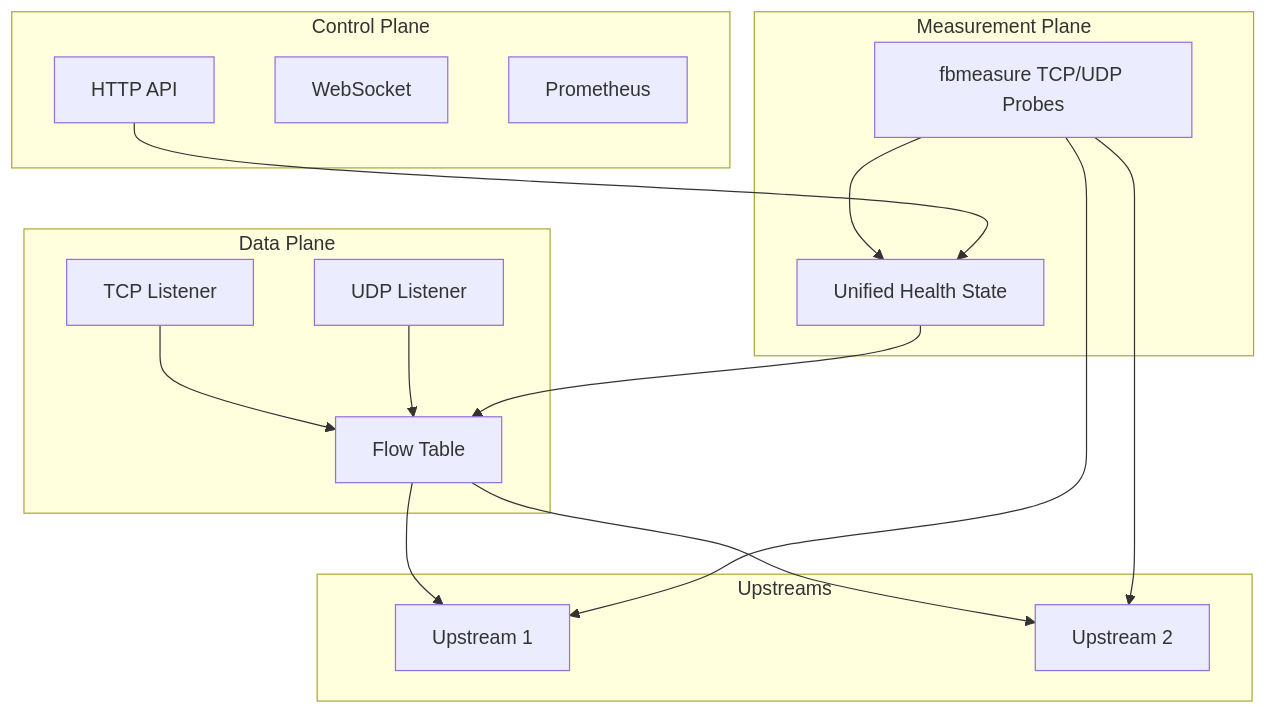
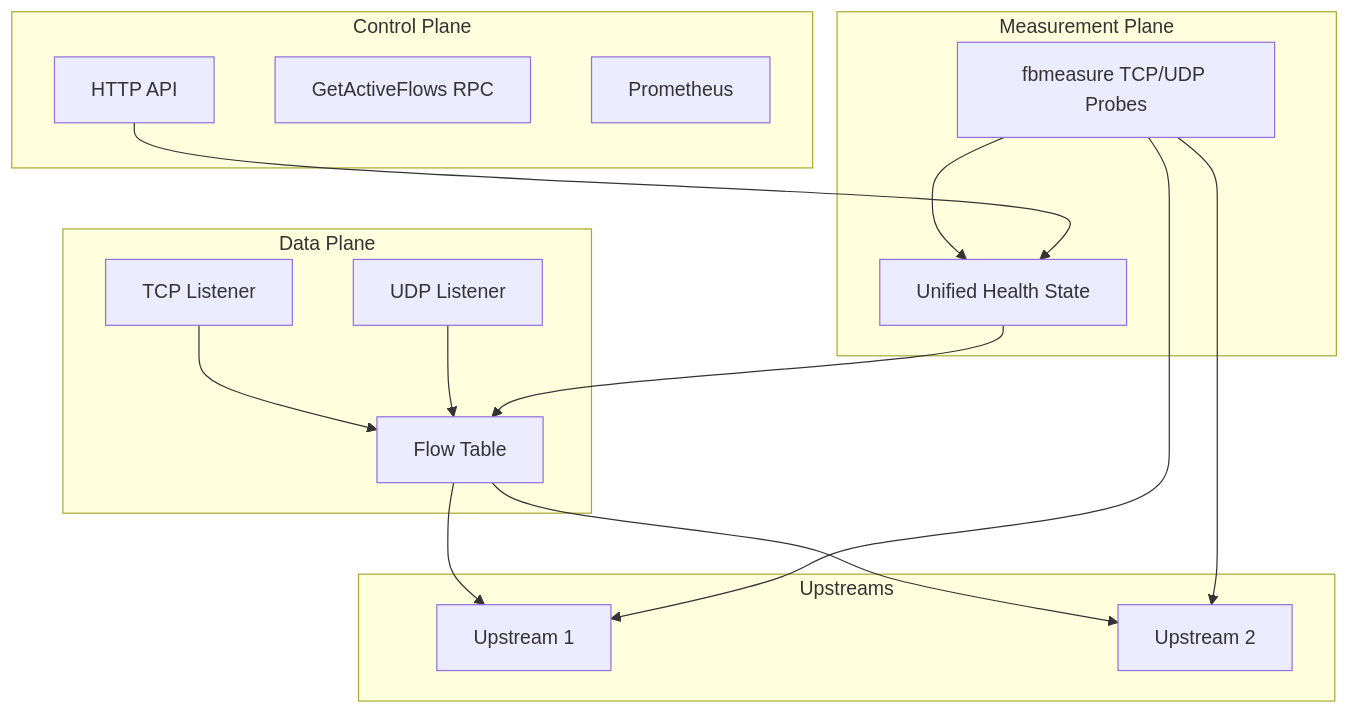
One commit to NodePath81/fbforward changed the first of 3 diagrams in doc/project-overview.md. Above: the diagram before and after it, drawn with Mermaid. The commit also changed other lines of this file and 25 other files, not shown here.

````diff
--- a/doc/project-overview.md
+++ b/doc/project-overview.md
@@ -99,35 +99,35 @@
 ```mermaid
 graph TB
     subgraph Control Plane
         API[HTTP API]
-        WS[WebSocket]
+        Flows[GetActiveFlows RPC]
         Metrics[Prometheus]
     end
 
     subgraph Data Plane
         TCP[TCP Listener]
         UDP[UDP Listener]
         FT[Flow Table]
     end
 
     subgraph Measurement Plane
         Probe[fbmeasure TCP/UDP Probes]
         Health[Unified Health State]
     end
 
     subgraph Upstreams
         U1[Upstream 1]
         U2[Upstream 2]
     end
 
     TCP --> FT
     UDP --> FT
     FT --> U1
     FT --> U2
 
     Probe --> U1
     Probe --> U2
     Probe --> Health
     Health --> FT
     API --> Health
 ```
````
